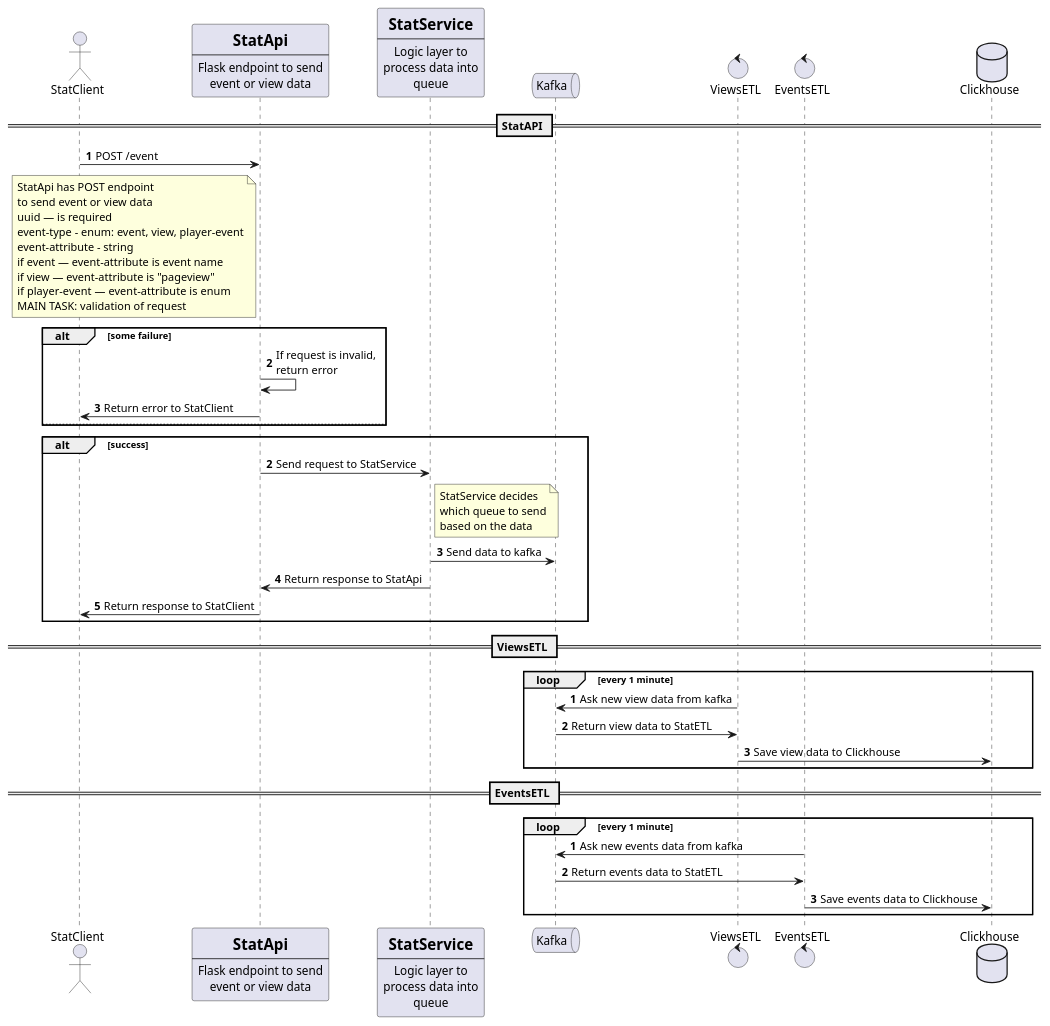
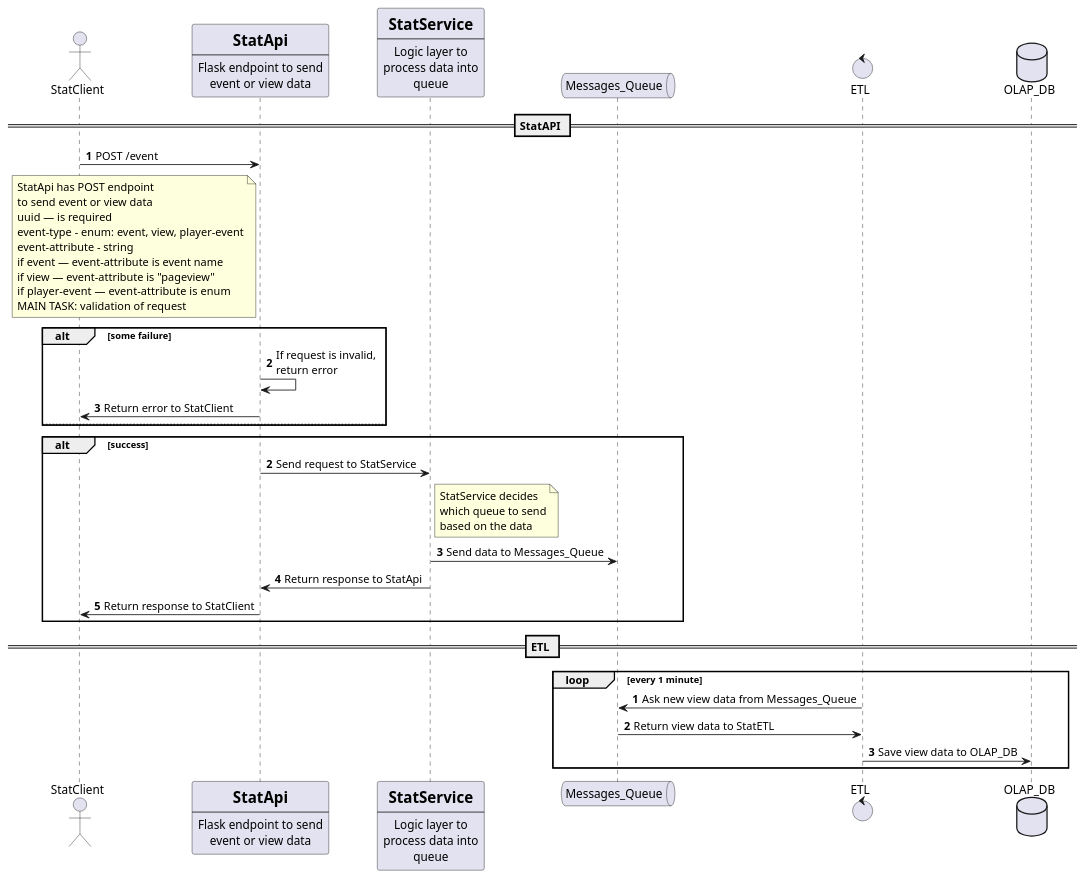
Before and after one commit to artwist-polyakov/Auth_sprint_1: the diagram in docs/stat-seq.puml, drawn with PlantUML. The commit also changed 2 other files, not shown here.

Commit message:
изменяет схему взаимодействия для ugc

```diff
--- a/docs/stat-seq.puml
+++ b/docs/stat-seq.puml
@@ -1,80 +1,72 @@
 @startuml
 'https://plantuml.com/sequence-diagram
 
 
 actor StatClient
 
 
 participant StatApi [
     =StatApi
     ----
     Flask endpoint to send
     event or view data
 ]
 participant StatService[
     =StatService
     ----
     Logic layer to
     process data into
     queue
 ]
-queue Kafka
-control ViewsETL
-control EventsETL
-database Clickhouse
+queue Messages_Queue
+control ETL
+database OLAP_DB
 
 
 autonumber
 
 == StatAPI ==
 
 StatClient -> StatApi: POST /event
 note left of StatApi
     StatApi has POST endpoint
     to send event or view data
     uuid — is required
     event-type - enum: event, view, player-event
     event-attribute - string
     if event — event-attribute is event name
     if view — event-attribute is "pageview"
     if player-event — event-attribute is  enum
     MAIN TASK: validation of request
 end note
 alt some failure
 StatApi -> StatApi: If request is invalid,\nreturn error
 StatApi -> StatClient: Return error to StatClient
 else
 end
 autonumber stop
 autonumber  2
 alt success
 StatApi -> StatService: Send request to StatService
 note right of StatService
     StatService decides
     which queue to send
     based on the data
 end note
 
-StatService -> Kafka: Send data to kafka
+StatService -> Messages_Queue: Send data to Messages_Queue
 StatService -> StatApi: Return response to StatApi
 StatApi -> StatClient: Return response to StatClient
 end
 autonumber stop
 
-== ViewsETL ==
+== ETL ==
 autonumber
 loop every 1 minute
-ViewsETL -> Kafka: Ask new view data from kafka
-Kafka -> ViewsETL: Return view data to StatETL
-ViewsETL -> Clickhouse: Save view data to Clickhouse
+ETL -> Messages_Queue: Ask new view data from Messages_Queue
+Messages_Queue -> ETL: Return view data to StatETL
+ETL -> OLAP_DB: Save view data to OLAP_DB
 end
 autonumber stop
-== EventsETL ==
-autonumber
-loop every 1 minute
-EventsETL -> Kafka: Ask new events data from kafka
-Kafka -> EventsETL: Return events data to StatETL
-EventsETL -> Clickhouse: Save events data to Clickhouse
-end
-autonumber stop
+
 @enduml
```
